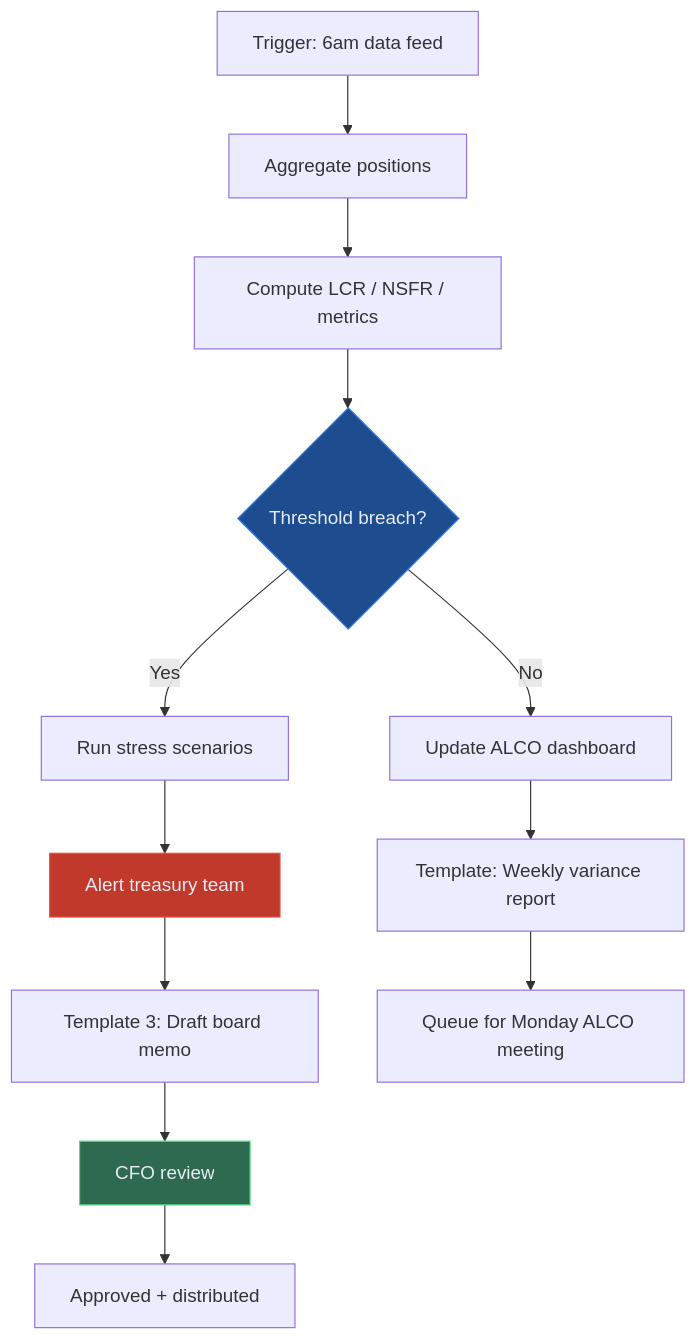
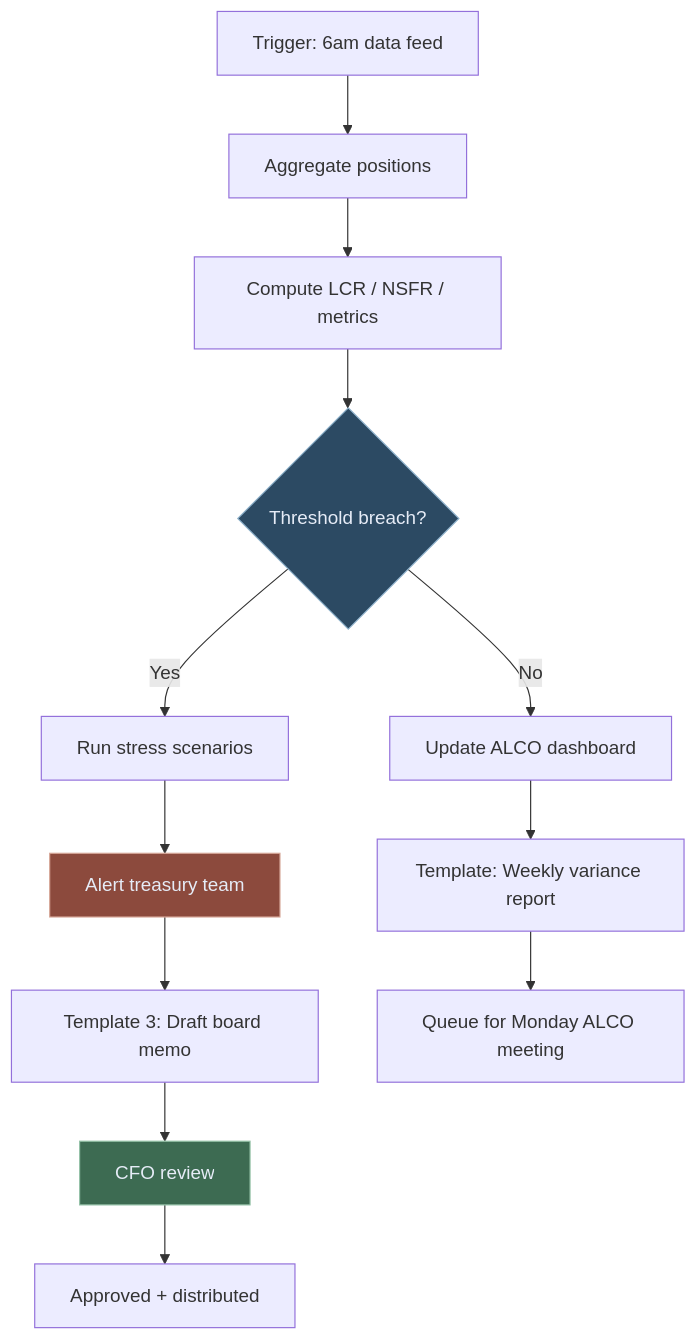
One commit to lorvexai/lorvexai changed the seventh of 8 diagrams in blog/ai-prompt-and-workflow-templates.md. Above: the diagram before and after it, drawn with Mermaid. The commit also changed other lines of this file and 16 other files, not shown here.

First line of the commit message:
Retune hardcoded Mermaid node colors to match the site palette

````diff
--- a/blog/ai-prompt-and-workflow-templates.md
+++ b/blog/ai-prompt-and-workflow-templates.md
@@ -349,18 +349,18 @@
 ```mermaid
 flowchart TD
     T[Trigger: 6am data feed] --> AG[Aggregate positions]
     AG --> MT[Compute LCR / NSFR / metrics]
     MT --> TH{Threshold breach?}
     TH -->|Yes| ST[Run stress scenarios]
     TH -->|No| DB[Update ALCO dashboard]
     ST --> AL[Alert treasury team]
     AL --> T3[Template 3: Draft board memo]
     T3 --> CF[CFO review]
     CF --> AP[Approved + distributed]
     DB --> WR[Template: Weekly variance report]
     WR --> QU[Queue for Monday ALCO meeting]
 
-    style TH fill:#1D4C8F,stroke:#2F80ED,color:#E6ECF7
-    style AL fill:#C0392B,stroke:#e74c3c,color:#E6ECF7
-    style CF fill:#2D6A4F,stroke:#4ade80,color:#E6ECF7
+    style TH fill:#2C4A63,stroke:#8FB2CC,color:#E6ECF7
+    style AL fill:#8C4A3D,stroke:#D6A697,color:#E6ECF7
+    style CF fill:#3D6B52,stroke:#95C2A8,color:#E6ECF7
 ```
````
